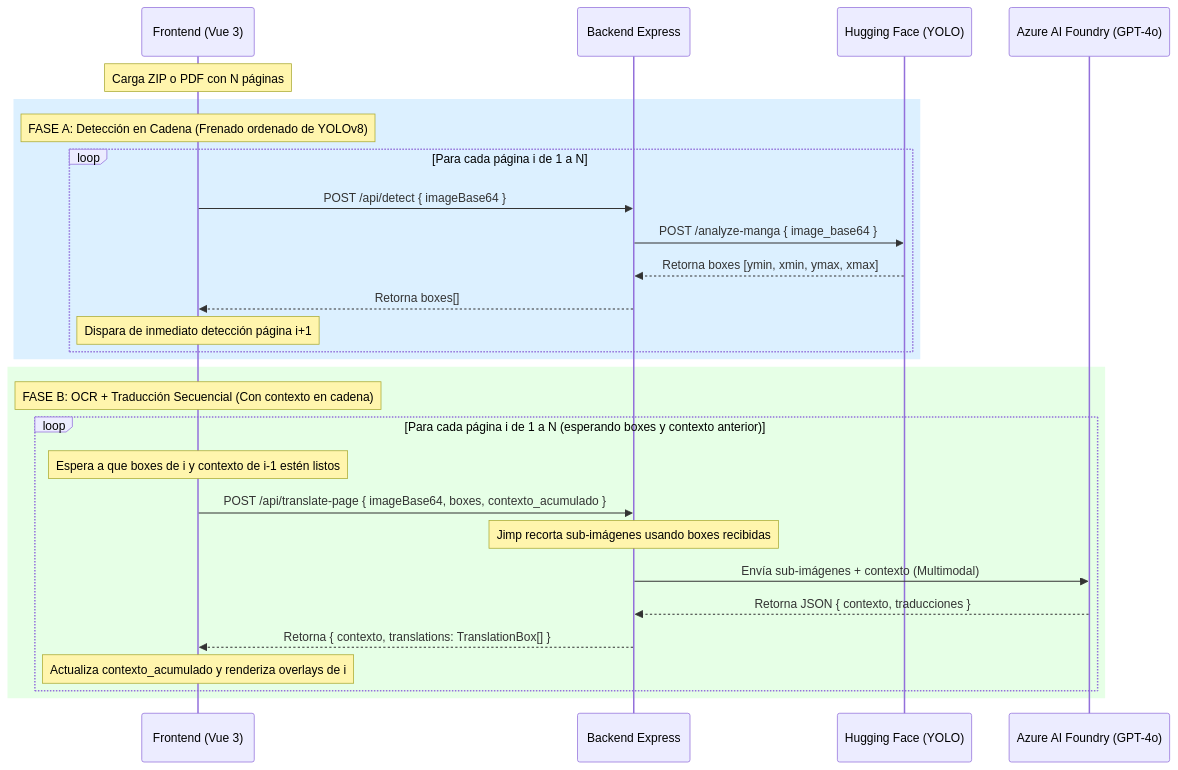
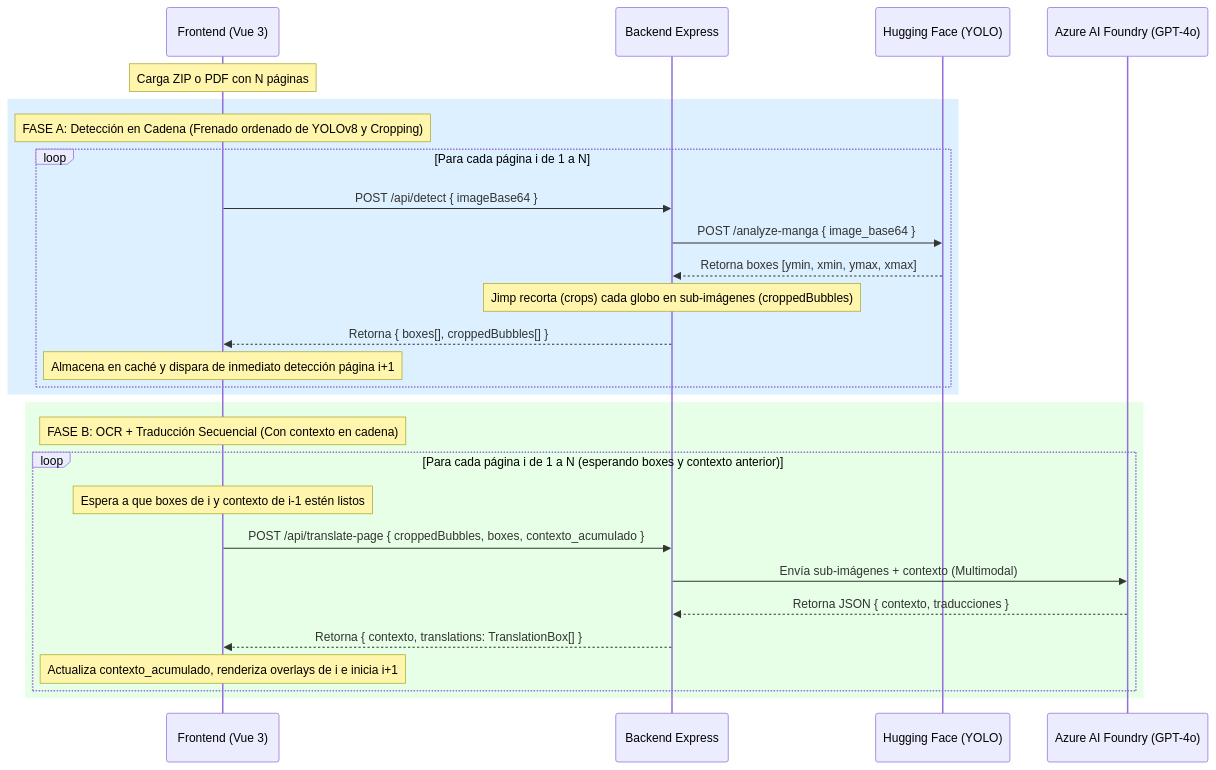
The second of 2 diagrams in agents/AGENTS.md (CoffeeBreak03/tp-integrador-ia), drawn with Mermaid before and after one commit. The commit also changed other lines of this file and 7 other files, not shown here.

````diff
--- a/agents/AGENTS.md
+++ b/agents/AGENTS.md
@@ -306,33 +309,33 @@
 ```mermaid
 sequenceDiagram
     participant Front as Frontend (Vue 3)
     participant Back as Backend Express
     participant HF as Hugging Face (YOLO)
     participant GPT as Azure AI Foundry (GPT-4o)
 
     Note over Front: Carga ZIP o PDF con N páginas
     
     rect rgb(220, 240, 255)
-        Note over Front: FASE A: Detección en Cadena (Frenado ordenado de YOLOv8)
+        Note over Front: FASE A: Detección en Cadena (Frenado ordenado de YOLOv8 y Cropping)
         loop Para cada página i de 1 a N
             Front->>Back: POST /api/detect { imageBase64 }
             Back->>HF: POST /analyze-manga { image_base64 }
             HF-->>Back: Retorna boxes [ymin, xmin, ymax, xmax]
-            Back-->>Front: Retorna boxes[]
-            Note over Front: Dispara de inmediato detección página i+1
+            Note over Back: Jimp recorta (crops) cada globo en sub-imágenes (croppedBubbles)
+            Back-->>Front: Retorna { boxes[], croppedBubbles[] }
+            Note over Front: Almacena en caché y dispara de inmediato detección página i+1
         end
     end
 
     rect rgb(230, 255, 230)
         Note over Front: FASE B: OCR + Traducción Secuencial (Con contexto en cadena)
         loop Para cada página i de 1 a N (esperando boxes y contexto anterior)
             Note over Front: Espera a que boxes de i y contexto de i-1 estén listos
-            Front->>Back: POST /api/translate-page { imageBase64, boxes, contexto_acumulado }
-            Note over Back: Jimp recorta sub-imágenes usando boxes recibidas
+            Front->>Back: POST /api/translate-page { croppedBubbles, boxes, contexto_acumulado }
             Back->>GPT: Envía sub-imágenes + contexto (Multimodal)
             GPT-->>Back: Retorna JSON { contexto, traducciones }
             Back-->>Front: Retorna { contexto, translations: TranslationBox[] }
-            Note over Front: Actualiza contexto_acumulado y renderiza overlays de i
+            Note over Front: Actualiza contexto_acumulado, renderiza overlays de i e inicia i+1
         end
     end
 ```
````
